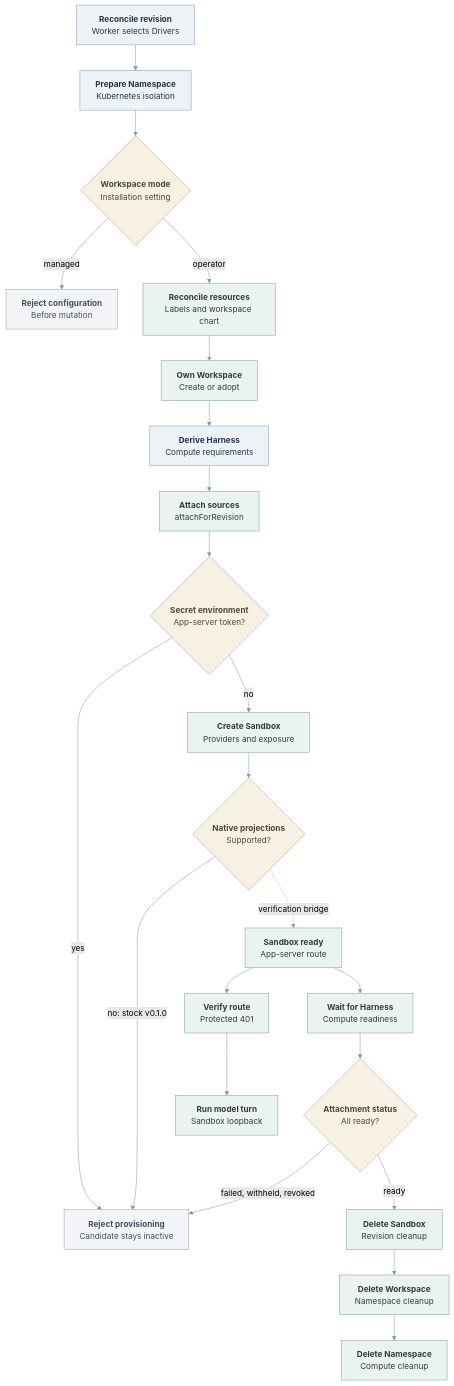
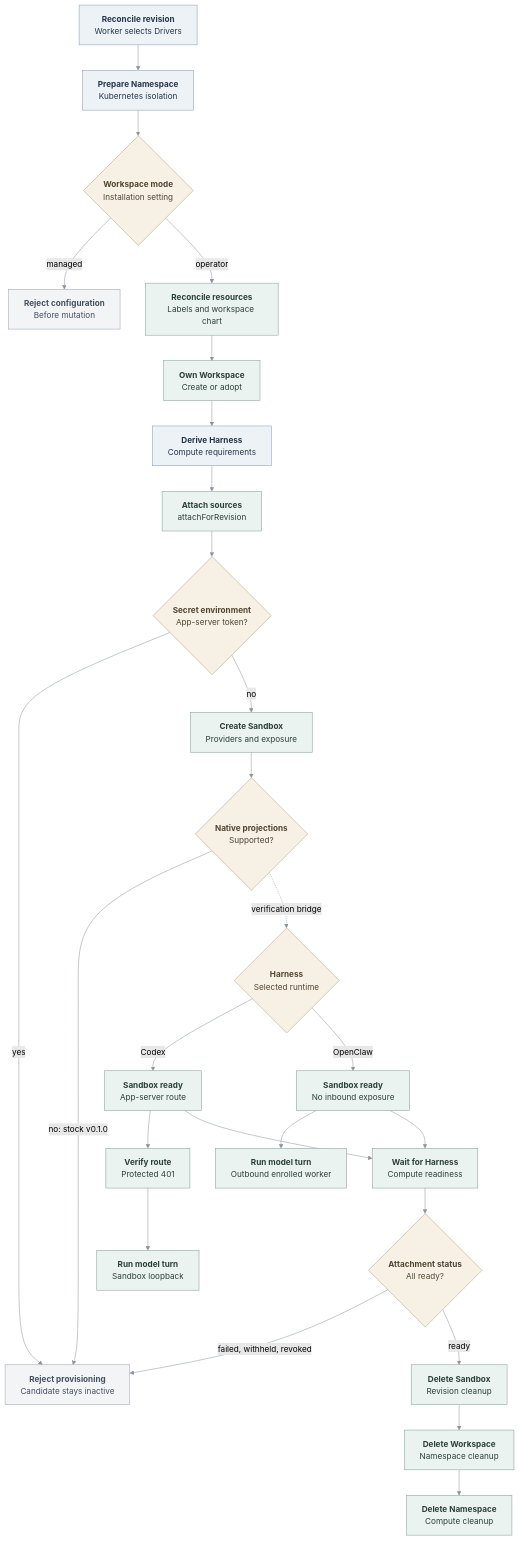
One commit to IsaiahStapleton/openclaw-enterprise changed the diagram in docs/flows/openshell-sandbox-provisioning.md. Above: the diagram before and after it, drawn with Mermaid (forest theme). The commit also changed other lines of this file and 38 other files, not shown here.

Commit message:
Add dedicated native OpenClaw harness

````diff
--- a/docs/flows/openshell-sandbox-provisioning.md
+++ b/docs/flows/openshell-sandbox-provisioning.md
@@ -47,34 +47,38 @@
 ```mermaid
 graph TD
   A["<b>Reconcile revision</b><br/>Worker selects Drivers"] --> B["<b>Prepare Namespace</b><br/>Kubernetes isolation"]
   B --> C{"<b>Workspace mode</b><br/>Installation setting"}
   C -- "managed" --> X["<b>Reject configuration</b><br/>Before mutation"]
   C -- "operator" --> D["<b>Reconcile resources</b><br/>Labels and workspace chart"]
   D --> E["<b>Own Workspace</b><br/>Create or adopt"]
   E --> F["<b>Derive Harness</b><br/>Compute requirements"]
   F --> Q["<b>Attach sources</b><br/>attachForRevision"]
   Q --> G{"<b>Secret environment</b><br/>App-server token?"}
   G -- "yes" --> R["<b>Reject provisioning</b><br/>Candidate stays inactive"]
   G -- "no" --> H["<b>Create Sandbox</b><br/>Providers and exposure"]
   H --> I{"<b>Native projections</b><br/>Supported?"}
   I -- "no: stock v0.1.0" --> R
-  I -. "verification bridge" .-> J["<b>Sandbox ready</b><br/>App-server route"]
+  I -. "verification bridge" .-> V{"<b>Harness</b><br/>Selected runtime"}
+  V -- "Codex" --> J["<b>Sandbox ready</b><br/>App-server route"]
   J --> K["<b>Verify route</b><br/>Protected 401"]
   K --> L["<b>Run model turn</b><br/>Sandbox loopback"]
+  V -- "OpenClaw" --> T["<b>Sandbox ready</b><br/>No inbound exposure"]
+  T --> U["<b>Run model turn</b><br/>Outbound enrolled worker"]
   J --> M["<b>Wait for Harness</b><br/>Compute readiness"]
   M --> S{"<b>Attachment status</b><br/>All ready?"}
   S -- "failed, withheld, revoked" --> R
   S -- "ready" --> N["<b>Delete Sandbox</b><br/>Revision cleanup"]
+  T --> M
   N --> O["<b>Delete Workspace</b><br/>Namespace cleanup"]
   O --> P["<b>Delete Namespace</b><br/>Compute cleanup"]
 
   classDef state fill:#EDF2F7,stroke:#879AB0,color:#25364A,stroke-width:1px
   classDef operation fill:#EBF3F0,stroke:#7F9D93,color:#2B4038,stroke-width:1px
   classDef gate fill:#F7F1E5,stroke:#B3A078,color:#514532,stroke-width:1px
   classDef blocked fill:#F3F4F6,stroke:#98A2AE,color:#44505F,stroke-width:1px
   class A,B,F state
-  class D,E,Q,H,J,K,L,M,N,O,P operation
-  class C,G,I,S gate
+  class D,E,Q,H,J,K,L,M,N,O,P,T,U operation
+  class C,G,I,S,V gate
   class X,R blocked
   linkStyle default stroke:#8B949E,stroke-width:1px
 ```
````
